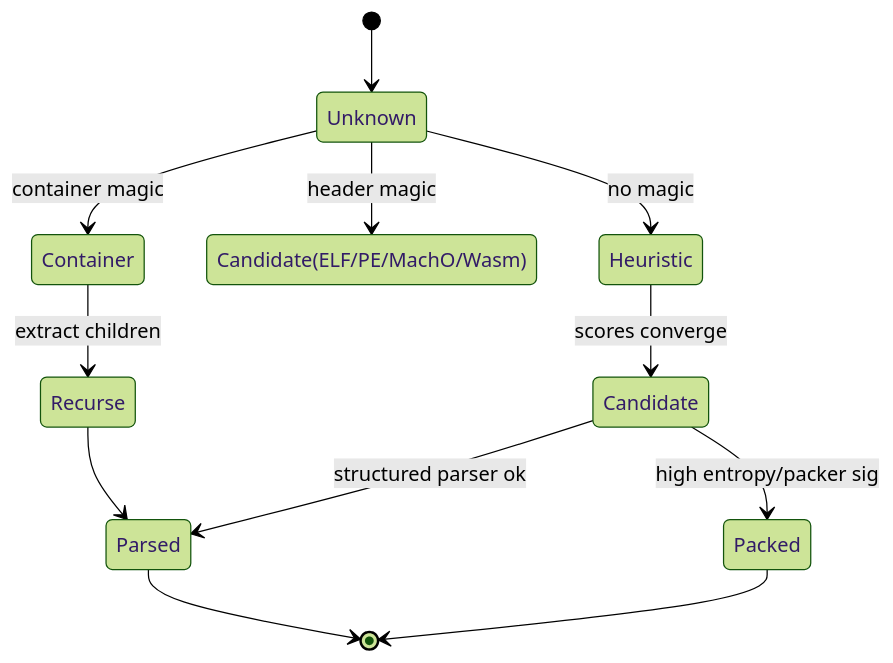
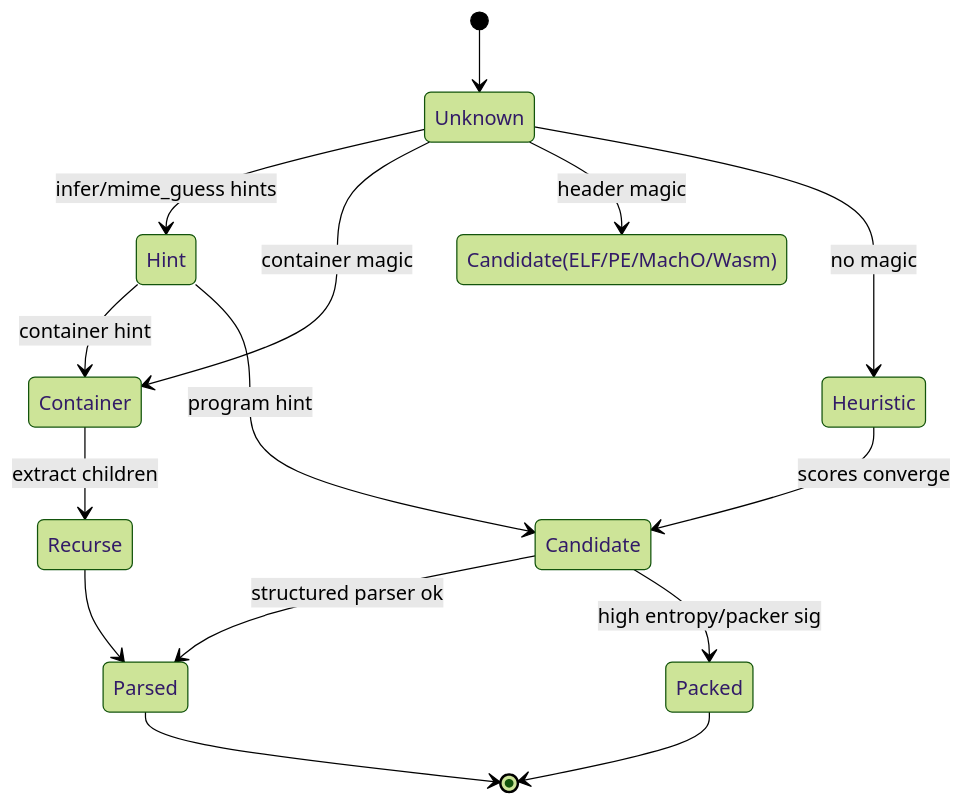
One commit to mjbommar/glaurung changed the third of 3 diagrams in docs/triage/README.md. Above: the diagram before and after it, drawn with Mermaid (forest theme). The commit also changed other lines of this file and 157 other files, not shown here.

````diff
--- a/docs/triage/README.md
+++ b/docs/triage/README.md
@@ -170,14 +191,17 @@
 ```mermaid
 stateDiagram-v2
   [*] --> Unknown
+  Unknown --> Hint: infer/mime_guess hints
   Unknown --> Container: container magic
   Unknown --> Candidate(ELF/PE/MachO/Wasm): header magic
   Unknown --> Heuristic: no magic
+  Hint --> Container: container hint
+  Hint --> Candidate: program hint
   Heuristic --> Candidate: scores converge
   Candidate --> Parsed: structured parser ok
   Candidate --> Packed: high entropy/packer sig
   Parsed --> [*]
   Packed --> [*]
   Container --> Recurse: extract children
   Recurse --> Parsed
 ```
````
